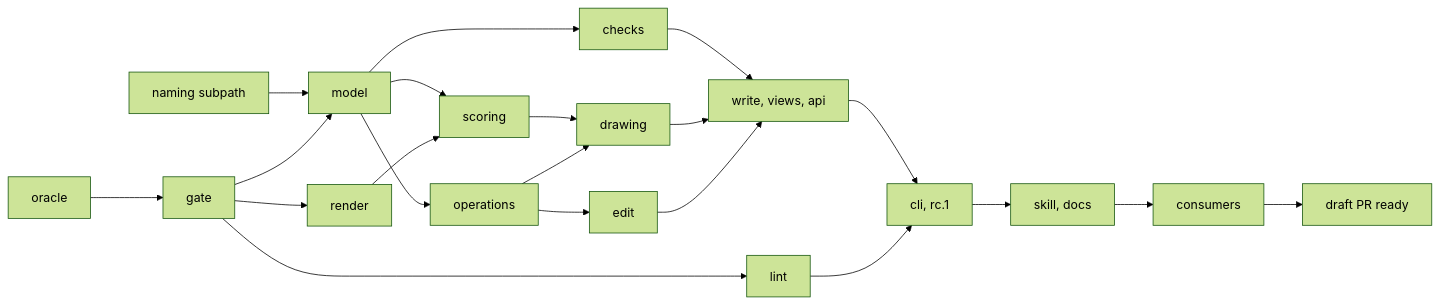
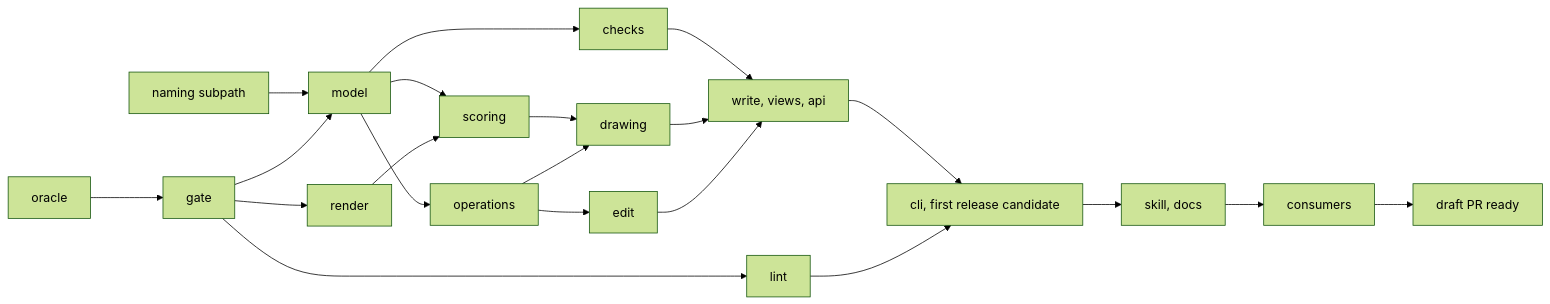
One commit to Miragon/bpmn-cli changed the diagram in docs/plan/rebuild.md. Above: the diagram before and after it, drawn with Mermaid (forest theme). The commit also changed other lines of this file and 12 other files, not shown here.

````diff
--- a/docs/plan/rebuild.md
+++ b/docs/plan/rebuild.md
@@ -130,12 +130,12 @@
 ```mermaid
 flowchart LR
   naming[naming subpath] --> model
   oracle[oracle] --> gate[gate]
   gate --> render[render] & lint[lint] & model[model]
   model --> operations[operations] & checks[checks] & scoring[scoring]
   render --> scoring
   scoring & operations --> drawing[drawing]
   operations --> edit[edit]
   checks & drawing & edit --> write[write, views, api]
-  write & lint --> cli[cli, rc.1] --> skill[skill, docs] --> consumers[consumers] --> ready[draft PR ready]
+  write & lint --> cli[cli, first release candidate] --> skill[skill, docs] --> consumers[consumers] --> ready[draft PR ready]
 ```
````
